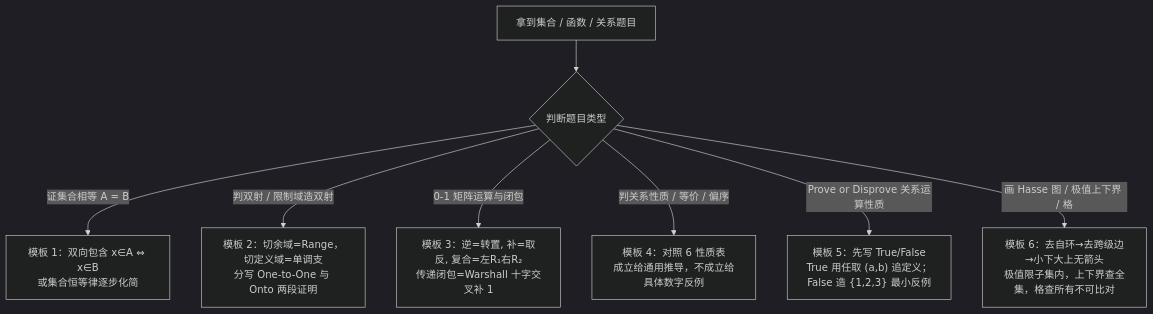
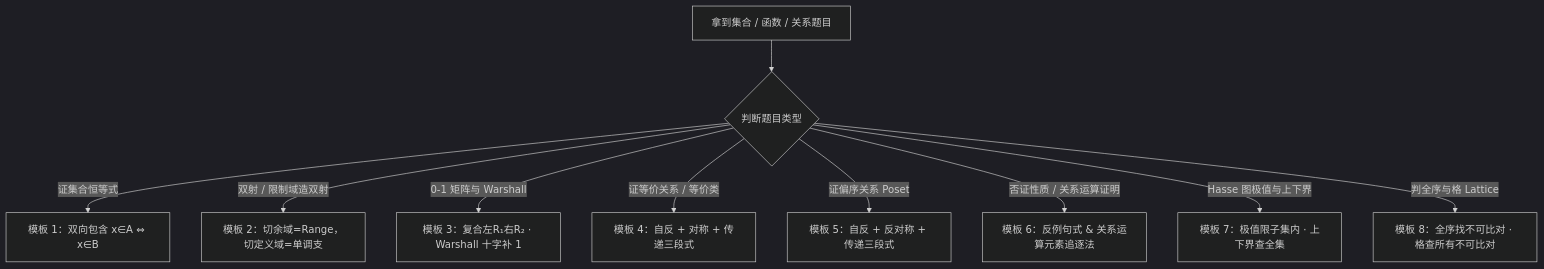
One commit to PlutoKeating/discreteMaths changed the fifth of 5 diagrams in Relation/Midterm-Review-Guide.md. Above: the diagram before and after it, drawn with Mermaid (dark theme). The commit also changed other lines of this file and 14 other files, not shown here.

Commit message:
Resolve visual light-mode contrast, Warshall self-test trace, SSR bold parsing, and Hasse polish

````diff
--- a/Relation/Midterm-Review-Guide.md
+++ b/Relation/Midterm-Review-Guide.md
@@ -1050,10 +1268,12 @@
 ```mermaid
 flowchart TD
   START["拿到集合 / 函数 / 关系题目"] --> QTYPE{"判断题目类型"}
-  QTYPE -->|"证集合相等 A = B"| T1["模板 1：双向包含 x∈A ⇔ x∈B<br/>或集合恒等律逐步化简"]
-  QTYPE -->|"判双射 / 限制域造双射"| T2["模板 2：切余域=Range，切定义域=单调支<br/>分写 One-to-One 与 Onto 两段证明"]
-  QTYPE -->|"0-1 矩阵运算与闭包"| T3["模板 3：逆=转置, 补=取反, 复合=左R₁右R₂<br/>传递闭包=Warshall 十字交叉补 1"]
-  QTYPE -->|"判关系性质 / 等价 / 偏序"| T4["模板 4：对照 6 性质表<br/>成立给通用推导，不成立给具体数字反例"]
-  QTYPE -->|"Prove or Disprove 关系运算性质"| T5["模板 5：先写 True/False<br/>True 用任取 (a,b) 追定义；False 造 {1,2,3} 最小反例"]
-  QTYPE -->|"画 Hasse 图 / 极值上下界 / 格"| T6["模板 6：去自环→去跨级边→小下大上无箭头<br/>极值限子集内，上下界查全集，格查所有不可比对"]
+  QTYPE -->|"证集合恒等式"| T1["模板 1：双向包含 x∈A ⇔ x∈B"]
+  QTYPE -->|"双射 / 限制域造双射"| T2["模板 2：切余域=Range，切定义域=单调支"]
+  QTYPE -->|"0-1 矩阵与 Warshall"| T3["模板 3：复合左R₁右R₂ · Warshall 十字补 1"]
+  QTYPE -->|"证等价关系 / 等价类"| T4["模板 4：自反 + 对称 + 传递三段式"]
+  QTYPE -->|"证偏序关系 Poset"| T5["模板 5：自反 + 反对称 + 传递三段式"]
+  QTYPE -->|"否证性质 / 关系运算证明"| T6["模板 6：反例句式 & 关系运算元素追逐法"]
+  QTYPE -->|"Hasse 图极值与上下界"| T7["模板 7：极值限子集内 · 上下界查全集"]
+  QTYPE -->|"判全序与格 Lattice"| T8["模板 8：全序找不可比对 · 格查所有不可比对"]
 ```
````
